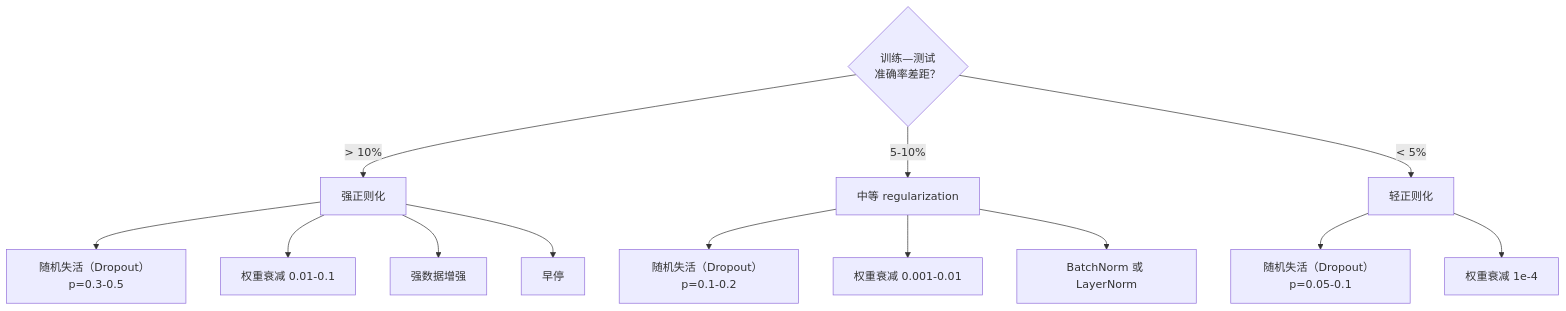
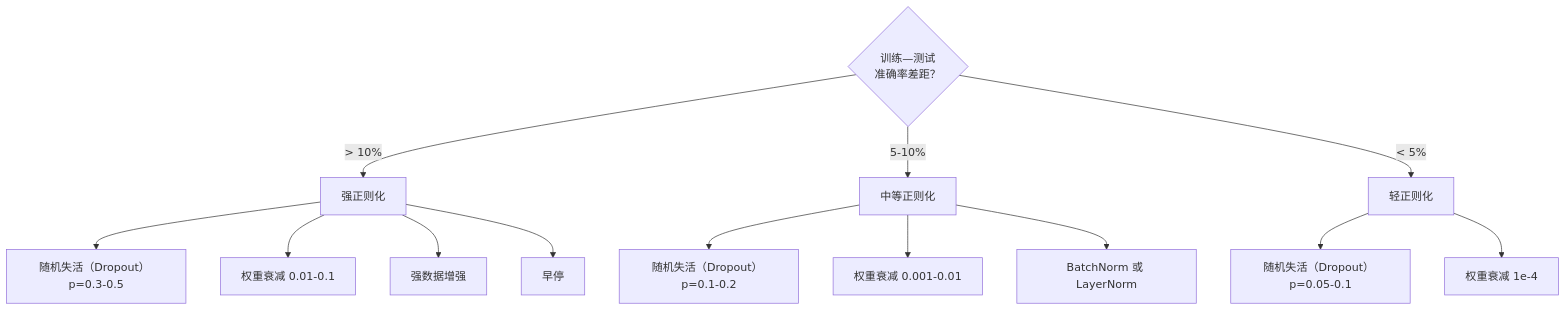
One commit to huangyue12120/Learning-Atlas changed the third of 3 diagrams in content/translations/practice/03-deep-learning-core/07-regularization/zh.md. Above: the diagram before and after it, drawn with Mermaid. The commit also changed 24 other files, not shown here.

Commit message:
fix(reader): localize Mermaid in source content

````diff
--- a/content/translations/practice/03-deep-learning-core/07-regularization/zh.md
+++ b/content/translations/practice/03-deep-learning-core/07-regularization/zh.md
@@ -182,18 +182,18 @@
 ```mermaid
 flowchart TD
     Gap{"训练—测试<br/>准确率差距？"} -->|"> 10%"| Heavy["强正则化"]
-    Gap -->|"5-10%"| Medium["中等 regularization"]
+    Gap -->|"5-10%"| Medium["中等正则化"]
     Gap -->|"< 5%"| Light["轻正则化"]
 
     Heavy --> D5["随机失活（Dropout） p=0.3-0.5"]
     Heavy --> WD2["权重衰减 0.01-0.1"]
     Heavy --> Aug["强数据增强"]
     Heavy --> ES["早停"]
 
     Medium --> D3["随机失活（Dropout） p=0.1-0.2"]
     Medium --> WD1["权重衰减 0.001-0.01"]
     Medium --> Norm["BatchNorm 或 LayerNorm"]
 
     Light --> D1["随机失活（Dropout） p=0.05-0.1"]
     Light --> WD0["权重衰减 1e-4"]
 ```
````
